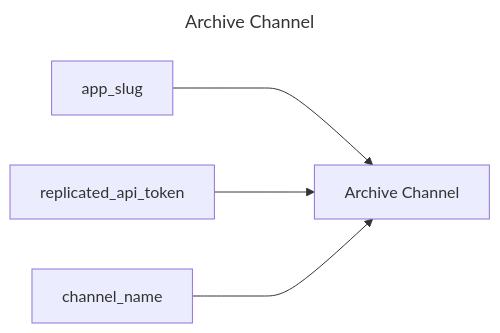
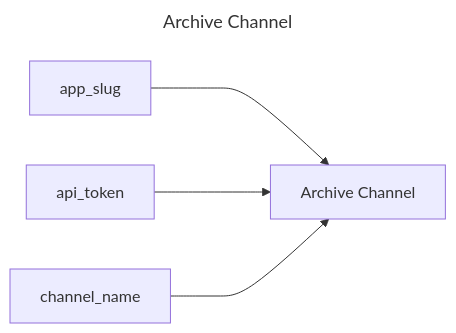
The diagram in archive-channel/README.md (replicatedhq/replicated-actions), drawn with Mermaid before and after one commit. The commit also changed other lines of this file and 40 other files, not shown here.

Commit message:
Renaming replicated-api-token to api-token

````diff
--- a/archive-channel/README.md
+++ b/archive-channel/README.md
@@ -3,10 +3,10 @@
 ```mermaid
 ---
 title: Archive Channel
 ---
 graph LR
 archive_channel["Archive Channel"]
 app_slug ---> archive_channel
-replicated_api_token ---> archive_channel
+api_token ---> archive_channel
 channel_name ---> archive_channel
 ```
````
